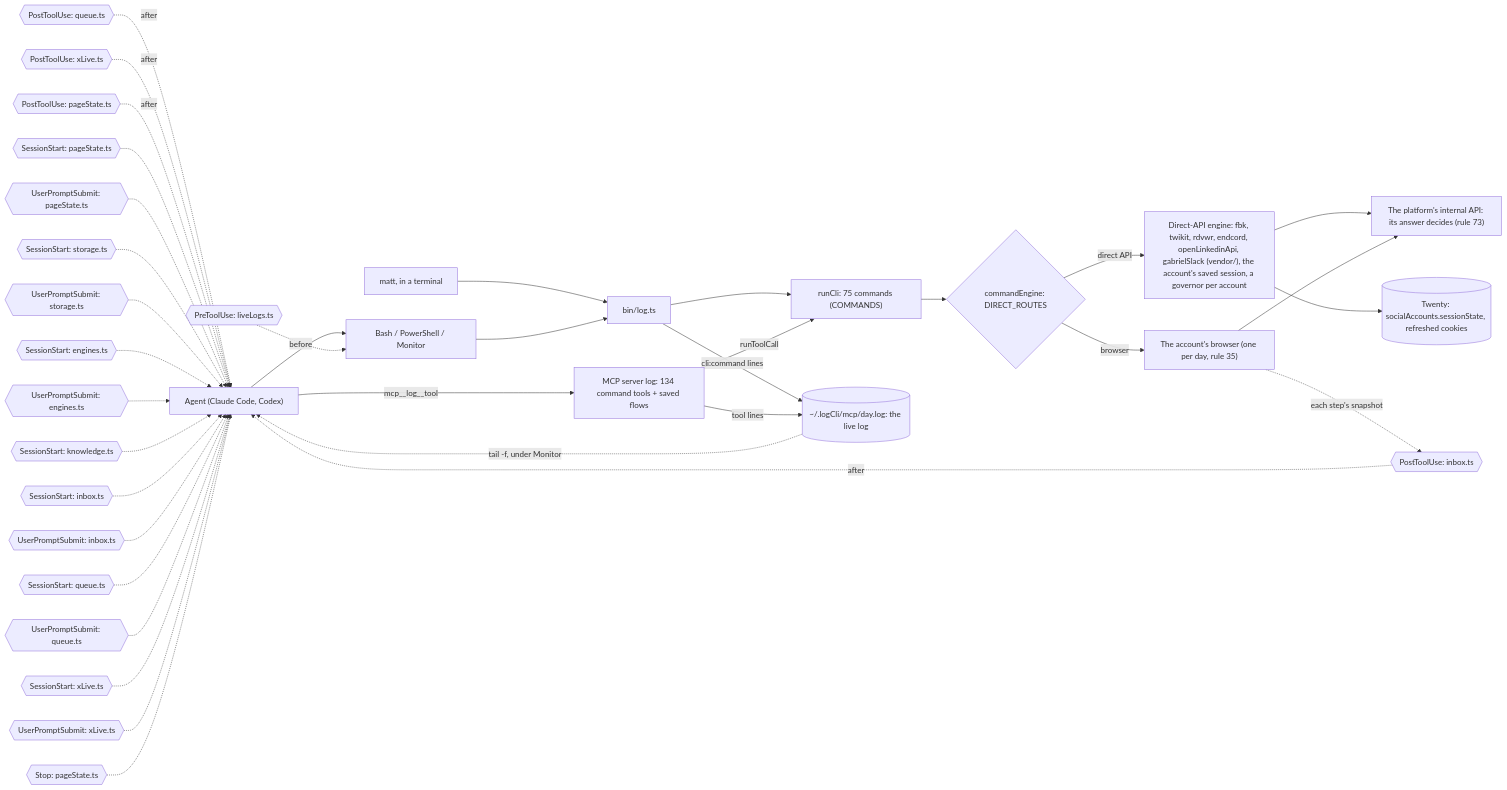
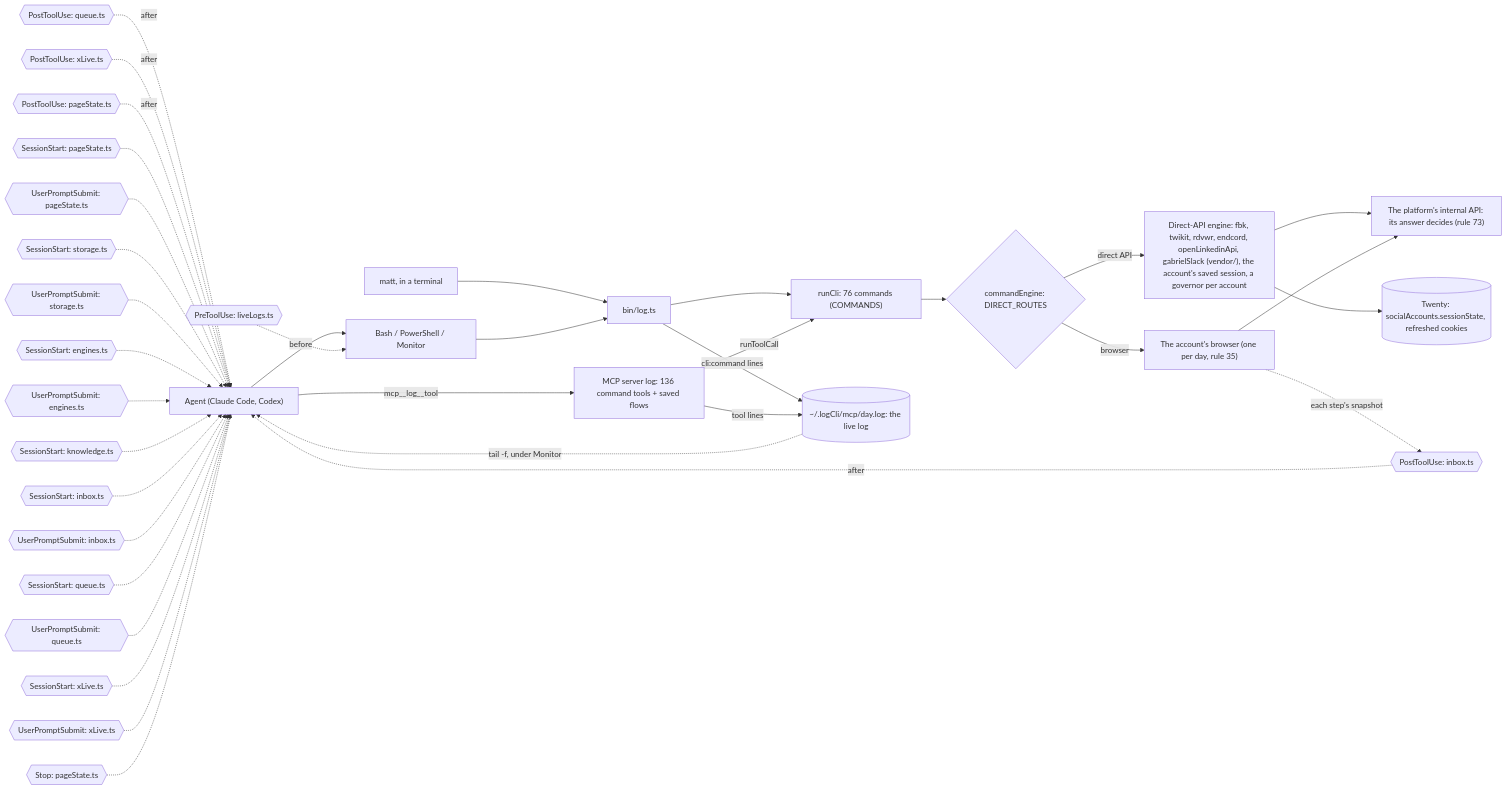
The third of 6 diagrams in docs/reference.md (matthewdonsemail-lab/log), drawn with Mermaid before and after one commit. The commit also changed other lines of this file and 55 other files, not shown here.

````diff
--- a/docs/reference.md
+++ b/docs/reference.md
@@ -164,50 +164,50 @@
 ```mermaid
 flowchart LR
   agent["Agent (Claude Code, Codex)"]
   matt["matt, in a terminal"]
   shell["Bash / PowerShell / Monitor"]
-  mcp["MCP server log: 134 command tools + saved flows"]
+  mcp["MCP server log: 136 command tools + saved flows"]
   bin["bin/log.ts"]
-  runCli["runCli: 75 commands (COMMANDS)"]
+  runCli["runCli: 76 commands (COMMANDS)"]
   live[("~/.logCli/mcp/day.log: the live log")]
   engine{"commandEngine: DIRECT_ROUTES"}
   direct["Direct-API engine: fbk, twikit, rdvwr, endcord, openLinkedinApi, gabrielSlack (vendor/), the account's saved session, a governor per account"]
   browser["The account's browser (one per day, rule 35)"]
   api["The platform's internal API: its answer decides (rule 73)"]
   twenty[("Twenty: socialAccounts.sessionState, refreshed cookies")]
   agent --> shell
   matt --> bin
   shell --> bin
   agent -->|mcp__log__tool| mcp
   bin --> runCli
   mcp -->|runToolCall| runCli
   runCli --> engine
   engine -->|direct API| direct
   engine -->|browser| browser
   direct --> api
   browser --> api
   direct --> twenty
   bin -->|cli:command lines| live
   mcp -->|tool lines| live
   live -.->|tail -f, under Monitor| agent
   pre0{{"PreToolUse: liveLogs.ts"}} -.->|before| shell
   post0{{"PostToolUse: inbox.ts"}} -.->|after| agent
   post1{{"PostToolUse: queue.ts"}} -.->|after| agent
   post2{{"PostToolUse: xLive.ts"}} -.->|after| agent
   post3{{"PostToolUse: pageState.ts"}} -.->|after| agent
   turn0{{"SessionStart: pageState.ts"}} -.-> agent
   turn1{{"UserPromptSubmit: pageState.ts"}} -.-> agent
   turn2{{"SessionStart: storage.ts"}} -.-> agent
   turn3{{"UserPromptSubmit: storage.ts"}} -.-> agent
   turn4{{"SessionStart: engines.ts"}} -.-> agent
   turn5{{"UserPromptSubmit: engines.ts"}} -.-> agent
   turn6{{"SessionStart: knowledge.ts"}} -.-> agent
   turn7{{"SessionStart: inbox.ts"}} -.-> agent
   turn8{{"UserPromptSubmit: inbox.ts"}} -.-> agent
   turn9{{"SessionStart: queue.ts"}} -.-> agent
   turn10{{"UserPromptSubmit: queue.ts"}} -.-> agent
   turn11{{"SessionStart: xLive.ts"}} -.-> agent
   turn12{{"UserPromptSubmit: xLive.ts"}} -.-> agent
   turn13{{"Stop: pageState.ts"}} -.-> agent
   browser -.->|each step's snapshot| post0
 ```
````
